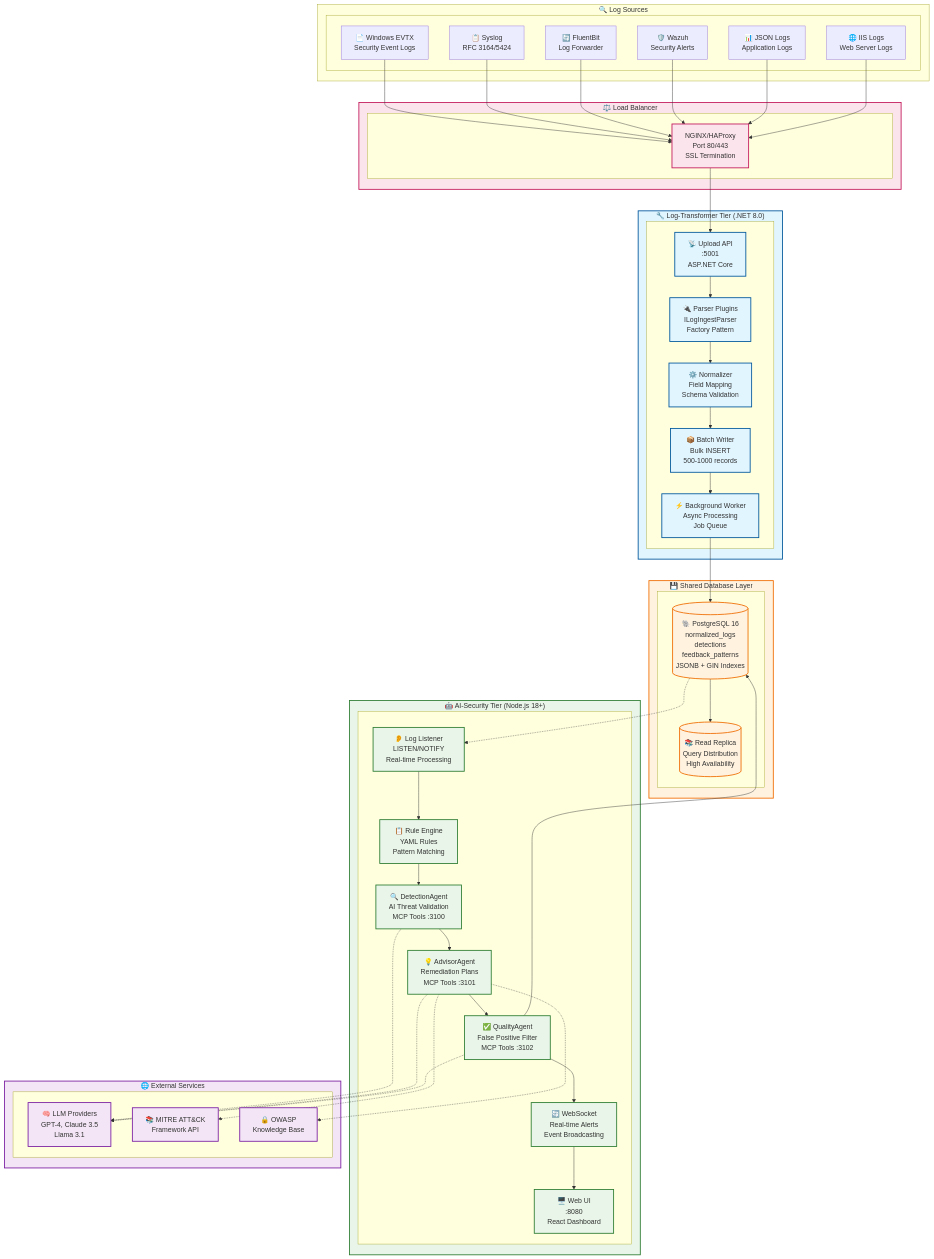
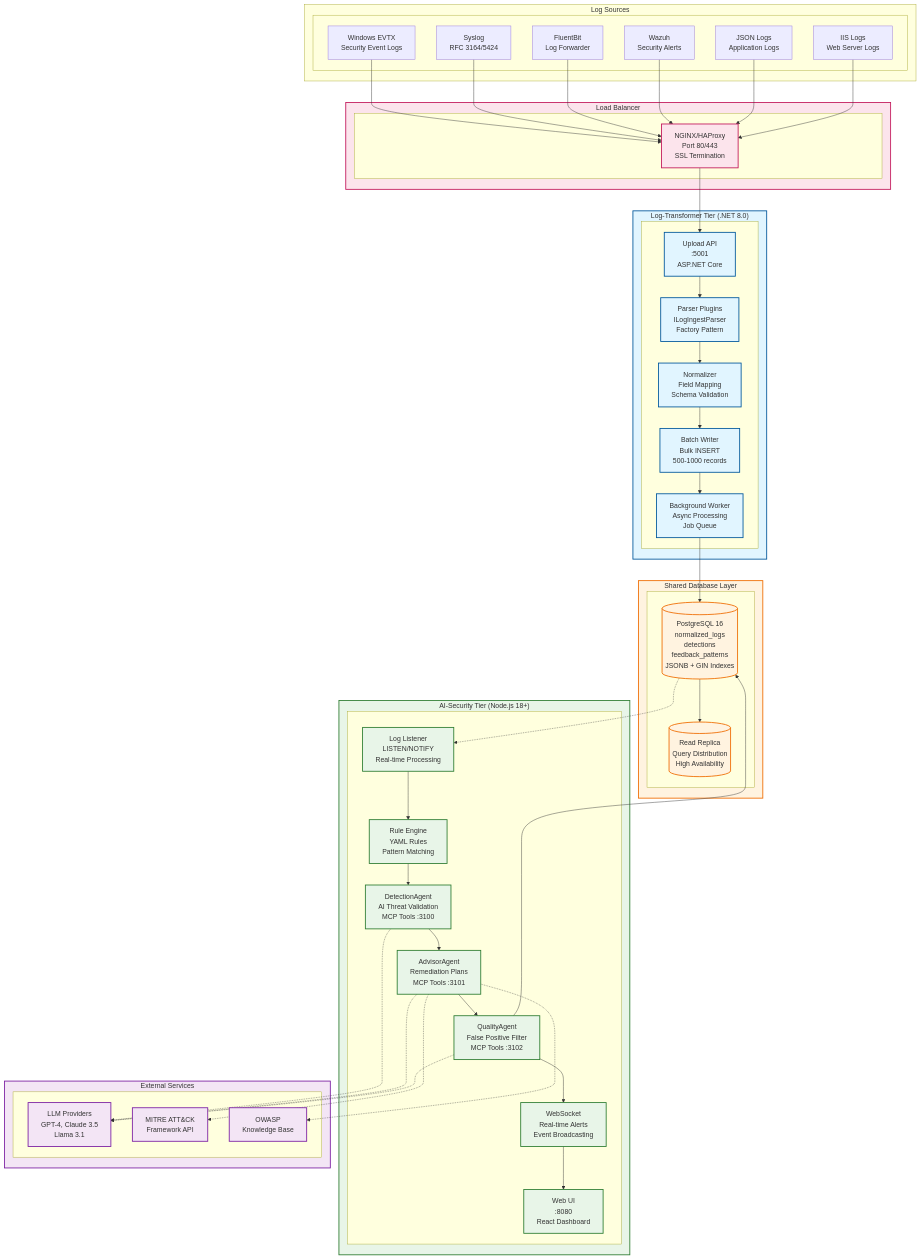
Before and after one commit to Elie-Saliba/security-projects-meta: the first of 4 diagrams in Appendices/ai-security/as-system-architecture-diagram.md, drawn with Mermaid. The commit also changed other lines of this file, not shown here.

````diff
--- a/Appendices/ai-security/as-system-architecture-diagram.md
+++ b/Appendices/ai-security/as-system-architecture-diagram.md
@@ -15,56 +17,56 @@
 ```mermaid
 graph TB
-    subgraph Sources["🔍 Log Sources"]
+    subgraph Sources["Log Sources"]
         subgraph SourcesSub[" "]
-        EVTX[📄 Windows EVTX<br/>Security Event Logs]
-        SYSLOG[📋 Syslog<br/>RFC 3164/5424]
-        FB[🔄 FluentBit<br/>Log Forwarder]
-        WAZUH[🛡️ Wazuh<br/>Security Alerts]
-        JSON[📊 JSON Logs<br/>Application Logs]
-        IIS[🌐 IIS Logs<br/>Web Server Logs]
+        EVTX[Windows EVTX<br/>Security Event Logs]
+        SYSLOG[Syslog<br/>RFC 3164/5424]
+        FB[FluentBit<br/>Log Forwarder]
+        WAZUH[Wazuh<br/>Security Alerts]
+        JSON[JSON Logs<br/>Application Logs]
+        IIS[IIS Logs<br/>Web Server Logs]
         end
     end
     
-    subgraph LB["⚖️ Load Balancer"]
+    subgraph LB["Load Balancer"]
         subgraph LBSub[" "]
         NGINX[NGINX/HAProxy<br/>Port 80/443<br/>SSL Termination]
         end
     end
     
-    subgraph LT["🔧 Log-Transformer Tier (.NET 8.0)"]
+    subgraph LT["Log-Transformer Tier (.NET 8.0)"]
         subgraph LTSub[" "]
-        API[📡 Upload API<br/>:5001<br/>ASP.NET Core]
-        PARSER[🔌 Parser Plugins<br/>ILogIngestParser<br/>Factory Pattern]
-        NORM[⚙️ Normalizer<br/>Field Mapping<br/>Schema Validation]
-        BATCH[📦 Batch Writer<br/>Bulk INSERT<br/>500-1000 records]
-        WORKER[⚡ Background Worker<br/>Async Processing<br/>Job Queue]
+        API[Upload API<br/>:5001<br/>ASP.NET Core]
+        PARSER[Parser Plugins<br/>ILogIngestParser<br/>Factory Pattern]
+        NORM[Normalizer<br/>Field Mapping<br/>Schema Validation]
+        BATCH[Batch Writer<br/>Bulk INSERT<br/>500-1000 records]
+        WORKER[Background Worker<br/>Async Processing<br/>Job Queue]
         end
     end
     
-    subgraph DB["💾 Shared Database Layer"]
+    subgraph DB["Shared Database Layer"]
         subgraph DBSub[" "]
-        PG[(🐘 PostgreSQL 16<br/>normalized_logs<br/>detections<br/>feedback_patterns<br/>JSONB + GIN Indexes)]
-        REPLICA[(📚 Read Replica<br/>Query Distribution<br/>High Availability)]
+        PG[(PostgreSQL 16<br/>normalized_logs<br/>detections<br/>feedback_patterns<br/>JSONB + GIN Indexes)]
+        REPLICA[(Read Replica<br/>Query Distribution<br/>High Availability)]
         end
     end
     
-    subgraph AS["🤖 AI-Security Tier (Node.js 18+)"]
+    subgraph AS["AI-Security Tier (Node.js 18+)"]
         subgraph ASSub[" "]
-        LISTEN[👂 Log Listener<br/>LISTEN/NOTIFY<br/>Real-time Processing]
-        RULES[📋 Rule Engine<br/>YAML Rules<br/>Pattern Matching]
-        DETECT[🔍 DetectionAgent<br/>AI Threat Validation<br/>MCP Tools :3100]
-        ADVISOR[💡 AdvisorAgent<br/>Remediation Plans<br/>MCP Tools :3101]
-        QUALITY[✅ QualityAgent<br/>False Positive Filter<br/>MCP Tools :3102]
-        WEBAPP[🖥️ Web UI<br/>:8080<br/>React Dashboard]
-        WS[🔄 WebSocket<br/>Real-time Alerts<br/>Event Broadcasting]
+        LISTEN[Log Listener<br/>LISTEN/NOTIFY<br/>Real-time Processing]
+        RULES[Rule Engine<br/>YAML Rules<br/>Pattern Matching]
+        DETECT[DetectionAgent<br/>AI Threat Validation<br/>MCP Tools :3100]
+        ADVISOR[AdvisorAgent<br/>Remediation Plans<br/>MCP Tools :3101]
+        QUALITY[QualityAgent<br/>False Positive Filter<br/>MCP Tools :3102]
+        WEBAPP[Web UI<br/>:8080<br/>React Dashboard]
+        WS[WebSocket<br/>Real-time Alerts<br/>Event Broadcasting]
         end
     end
     
-    subgraph EXT["🌐 External Services"]
+    subgraph EXT["External Services"]
         subgraph EXTSub[" "]
-        LLM[🧠 LLM Providers<br/>GPT-4, Claude 3.5<br/>Llama 3.1]
-        MITRE[📚 MITRE ATT&CK<br/>Framework API]
-        OWASP[🔒 OWASP<br/>Knowledge Base]
+        LLM[LLM Providers<br/>GPT-4, Claude 3.5<br/>Llama 3.1]
+        MITRE[MITRE ATT&CK<br/>Framework API]
+        OWASP[OWASP<br/>Knowledge Base]
         end
     end
     
````
